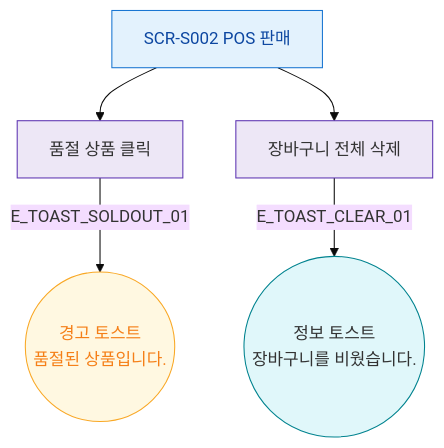
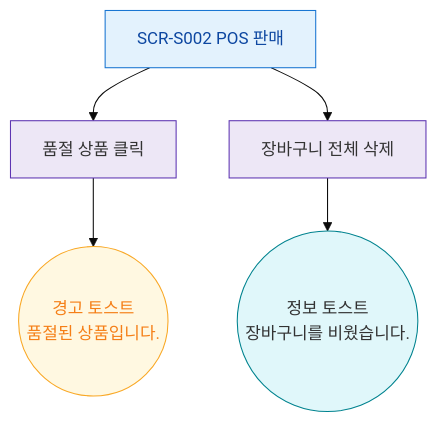
The diagram in docs/다이어그램/D03_매출관리/SCR-S002_POS판매/F9_토스트.md (dev-spogym/admin-pando), drawn with Mermaid (base theme) before and after one commit. The commit also changed other lines of this file and 1660 other files, not shown here.

First line of the commit message:
다이어그램: 기획자/클라이언트 납품본으로 정리

````diff
--- a/docs/다이어그램/D03_매출관리/SCR-S002_POS판매/F9_토스트.md
+++ b/docs/다이어그램/D03_매출관리/SCR-S002_POS판매/F9_토스트.md
@@ -20,20 +18,20 @@
 ```mermaid
 flowchart TD
     S002[SCR-S002 POS 판매]
 
     S002 --> EVT_SOLDOUT[품절 상품 클릭]
     S002 --> EVT_CLEAR[장바구니 전체 삭제]
 
-    EVT_SOLDOUT -->|E_TOAST_SOLDOUT_01| TOAST_W_SOLD((경고 토스트\n품절된 상품입니다.))
-    EVT_CLEAR -->|E_TOAST_CLEAR_01| TOAST_I_CLEAR((정보 토스트\n장바구니를 비웠습니다.))
+    EVT_SOLDOUT --> TOAST_W_SOLD((경고 토스트\n품절된 상품입니다.))
+    EVT_CLEAR --> TOAST_I_CLEAR((정보 토스트\n장바구니를 비웠습니다.))
 
     classDef screen fill:#E3F2FD,stroke:#1976D2,color:#0D47A1
     classDef warning fill:#FFF8E1,stroke:#F9A825,color:#F57F17
     classDef info fill:#E0F7FA,stroke:#00838F
     classDef system fill:#EDE7F6,stroke:#5E35B2
 
     class S002 screen
     class TOAST_W_SOLD warning
     class TOAST_I_CLEAR info
     class EVT_SOLDOUT,EVT_CLEAR system
 ```
````
